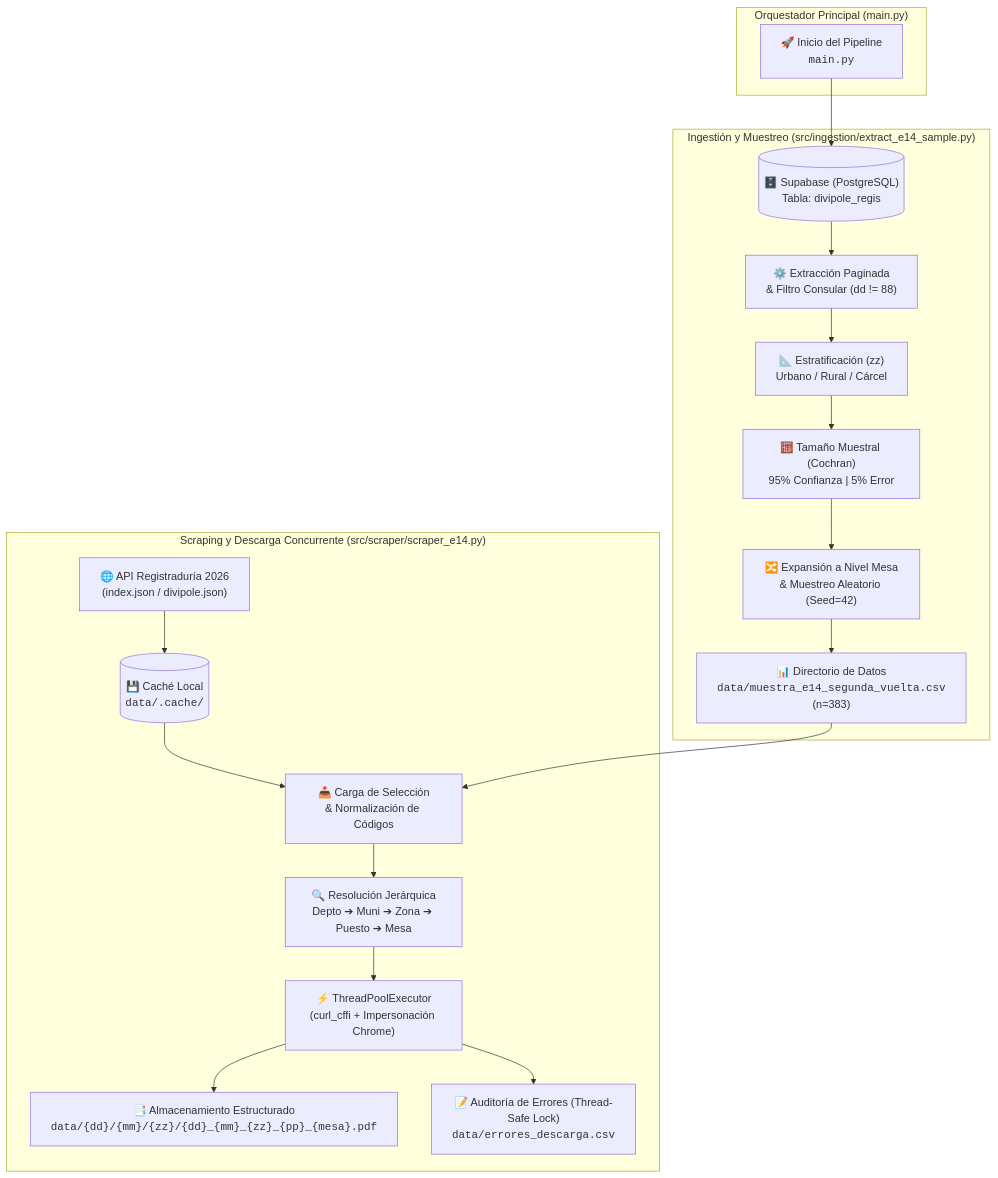
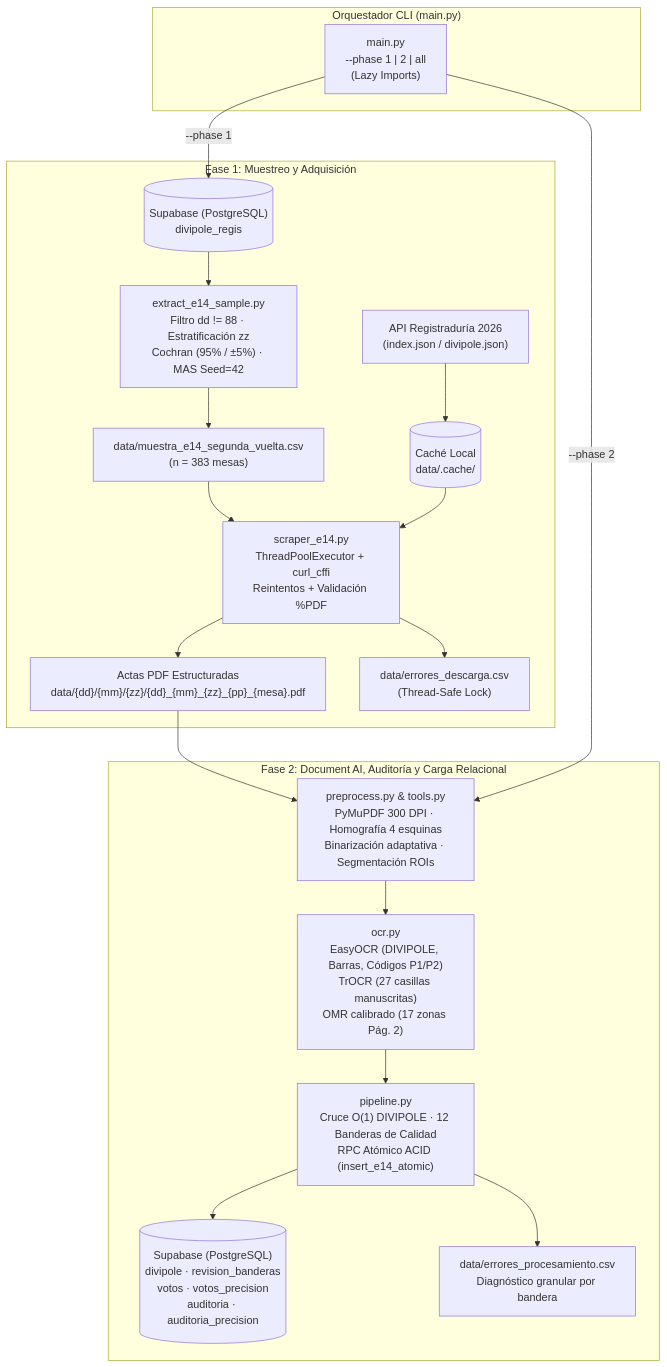
The first of 2 diagrams in README.md (MiganGalban/e14-vision-ocr-pipeline), drawn with Mermaid before and after one commit. The commit also changed other lines of this file and 1 other file, not shown here.

First line of the commit message:
docs(phase2): actualiza README con arquitectura completa y agrega notebook 02 ejecutado

````diff
--- a/README.md
+++ b/README.md
@@ -12,30 +13,27 @@
 ```mermaid
 flowchart TD
-    subgraph ORQ [" Orquestador Principal (main.py) "]
-        M["🚀 Inicio del Pipeline<br><code>main.py</code>"]
+    subgraph ORQ [" Orquestador CLI (main.py) "]
+        M["main.py<br>--phase 1 | 2 | all<br>(Lazy Imports)"]
     end
 
-    subgraph Script1 [" Ingestión y Muestreo (src/ingestion/extract_e14_sample.py) "]
-        SB[("🗄️ Supabase (PostgreSQL)<br>Tabla: divipole_regis")]
-        EXT["⚙️ Extracción Paginada<br>& Filtro Consular (dd != 88)"]
-        STRAT["📐 Estratificación (zz)<br>Urbano / Rural / Cárcel"]
-        COCH["🧮 Tamaño Muestral (Cochran)<br>95% Confianza | 5% Error"]
-        EXP["🔀 Expansión a Nivel Mesa<br>& Muestreo Aleatorio (Seed=42)"]
-        CSV1["📊 Directorio de Datos<br><code>data/muestra_e14_segunda_vuelta.csv</code><br>(n=383)"]
-
-        SB --> EXT --> STRAT --> COCH --> EXP --> CSV1
+    subgraph Fase1 [" Fase 1: Muestreo y Adquisición "]
+        SB1[("Supabase (PostgreSQL)<br>divipole_regis")] --> EXT["extract_e14_sample.py<br>Filtro dd != 88 · Estratificación zz<br>Cochran (95% / ±5%) · MAS Seed=42"]
+        EXT --> CSV1["data/muestra_e14_segunda_vuelta.csv<br>(n = 383 mesas)"]
+        API["API Registraduría 2026<br>(index.json / divipole.json)"] --> CACHE[("Caché Local<br>data/.cache/")]
+        CSV1 --> SCR["scraper_e14.py<br>ThreadPoolExecutor + curl_cffi<br>Reintentos + Validación %PDF"]
+        CACHE --> SCR
+        SCR --> PDF["Actas PDF Estructuradas<br>data/{dd}/{mm}/{zz}/{dd}_{mm}_{zz}_{pp}_{mesa}.pdf"]
+        SCR --> ERR1["data/errores_descarga.csv<br>(Thread-Safe Lock)"]
     end
 
-    subgraph Script2 [" Scraping y Descarga Concurrente (src/scraper/scraper_e14.py) "]
-        API["🌐 API Registraduría 2026<br>(index.json / divipole.json)"] --> CACHE[("💾 Caché Local<br><code>data/.cache/</code>")]
-        CACHE --> LOAD["📥 Carga de Selección<br>& Normalización de Códigos"]
-        LOAD --> RESOLV["🔍 Resolución Jerárquica<br>Depto ➔ Muni ➔ Zona ➔ Puesto ➔ Mesa"]
-        RESOLV --> POOL["⚡ ThreadPoolExecutor<br>(curl_cffi + Impersonación Chrome)"]
-        
-        POOL --> PDF["📑 Almacenamiento Estructurado<br><code>data/{dd}/{mm}/{zz}/{dd}_{mm}_{zz}_{pp}_{mesa}.pdf</code>"]
-        POOL --> ERR["📝 Auditoría de Errores (Thread-Safe Lock)<br><code>data/errores_descarga.csv</code>"]
+    subgraph Fase2 [" Fase 2: Document AI, Auditoría y Carga Relacional "]
+        PDF --> PRE["preprocess.py & tools.py<br>PyMuPDF 300 DPI · Homografía 4 esquinas<br>Binarización adaptativa · Segmentación ROIs"]
+        PRE --> OCR["ocr.py<br>EasyOCR (DIVIPOLE, Barras, Códigos P1/P2)<br>TrOCR (27 casillas manuscritas)<br>OMR calibrado (17 zonas Pág. 2)"]
+        OCR --> PIPE["pipeline.py<br>Cruce O(1) DIVIPOLE · 12 Banderas de Calidad<br>RPC Atómico ACID (insert_e14_atomic)"]
+        PIPE --> SB2[("Supabase (PostgreSQL)<br>divipole · revision_banderas<br>votos · votos_precision<br>auditoria · auditoria_precision")]
+        PIPE --> ERR2["data/errores_procesamiento.csv<br>Diagnóstico granular por bandera"]
     end
 
-    M --> SB
-    CSV1 --> LOAD
+    M -->|"--phase 1"| SB1
+    M -->|"--phase 2"| PRE
 ```
````
